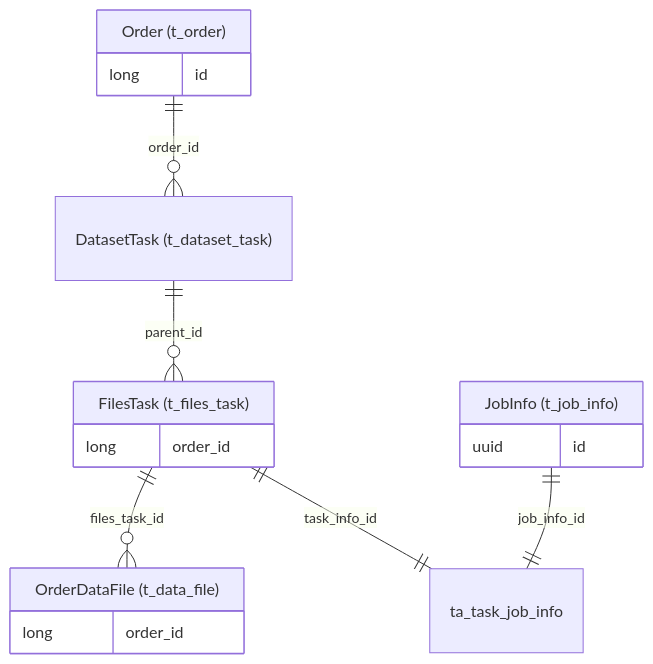
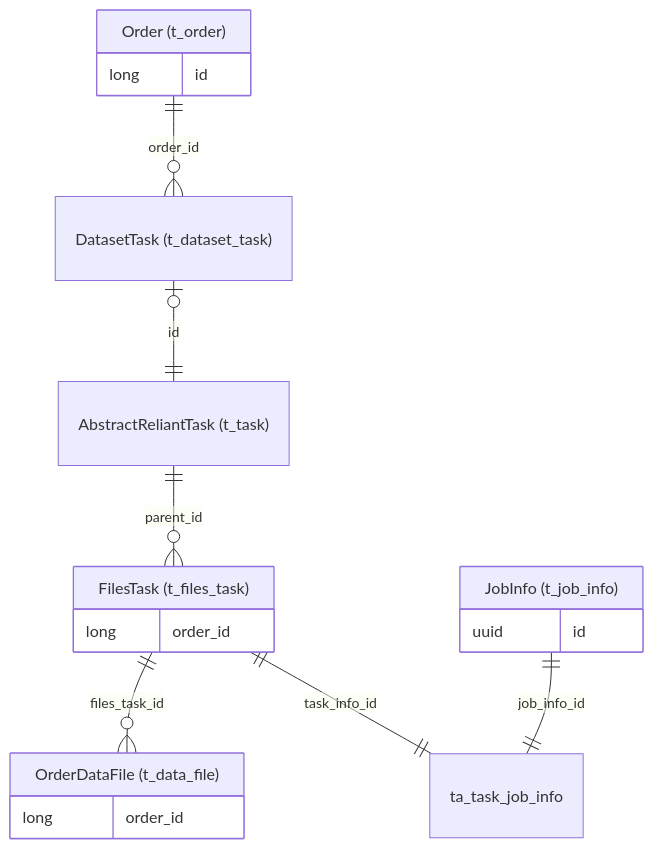
One commit to RegardsOss/RegardsOss.github.io changed the diagram in docs/development/services/order/conception.md. Above: the diagram before and after it, drawn with Mermaid. The commit also changed other lines of this file, not shown here.

Commit message:
fix(doc): Fix missing intermediate table t_task in Order conception page

````diff
--- a/docs/development/services/order/conception.md
+++ b/docs/development/services/order/conception.md
@@ -151,23 +151,25 @@
 ```mermaid
 erDiagram
 
   Order 1--0+ DatasetTask : order_id
-  DatasetTask 1--0+ FilesTask : parent_id
+  DatasetTask zero or one--1 AbstractReliantTask : id
+  AbstractReliantTask 1--0+ FilesTask : parent_id
   FilesTask 1--0+ OrderDataFile : files_task_id
   FilesTask 1--1 ta_task_job_info : task_info_id
   JobInfo 1--1 ta_task_job_info : job_info_id
 
   Order["Order (t_order)"] { 
     long id
   }
   DatasetTask["DatasetTask (t_dataset_task)"]
+  AbstractReliantTask["AbstractReliantTask (t_task)"]
   FilesTask["FilesTask (t_files_task)"] {
     long order_id
   }
   OrderDataFile["OrderDataFile (t_data_file)"] {
     long order_id
   }
   JobInfo["JobInfo (t_job_info)"] {
     uuid id
   }
 ```
````
